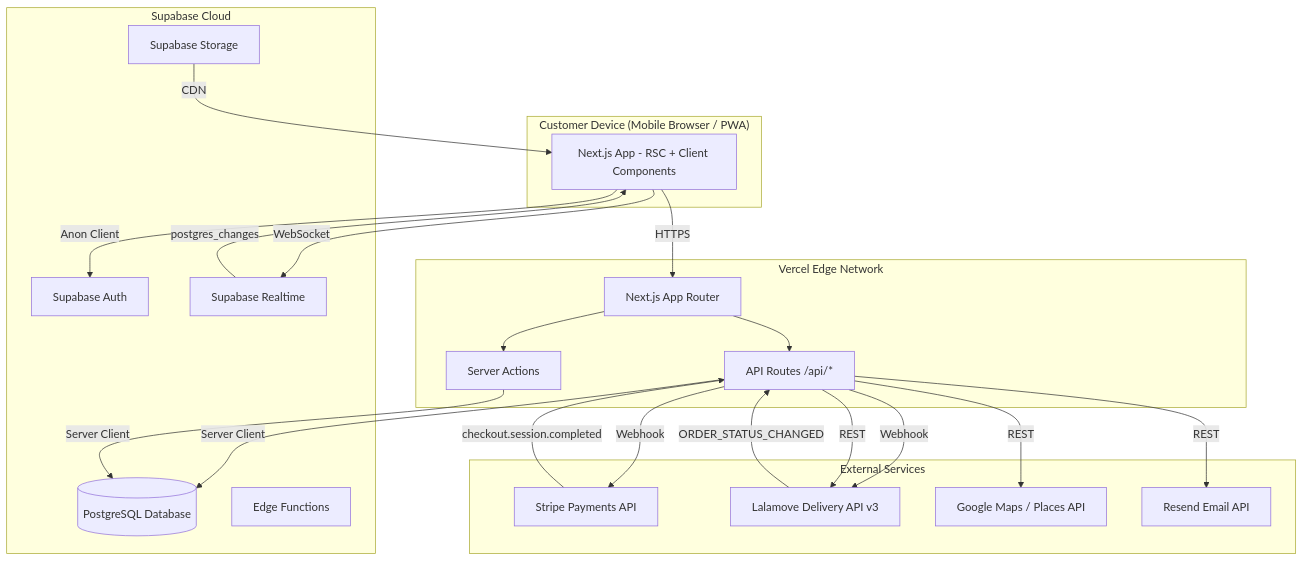
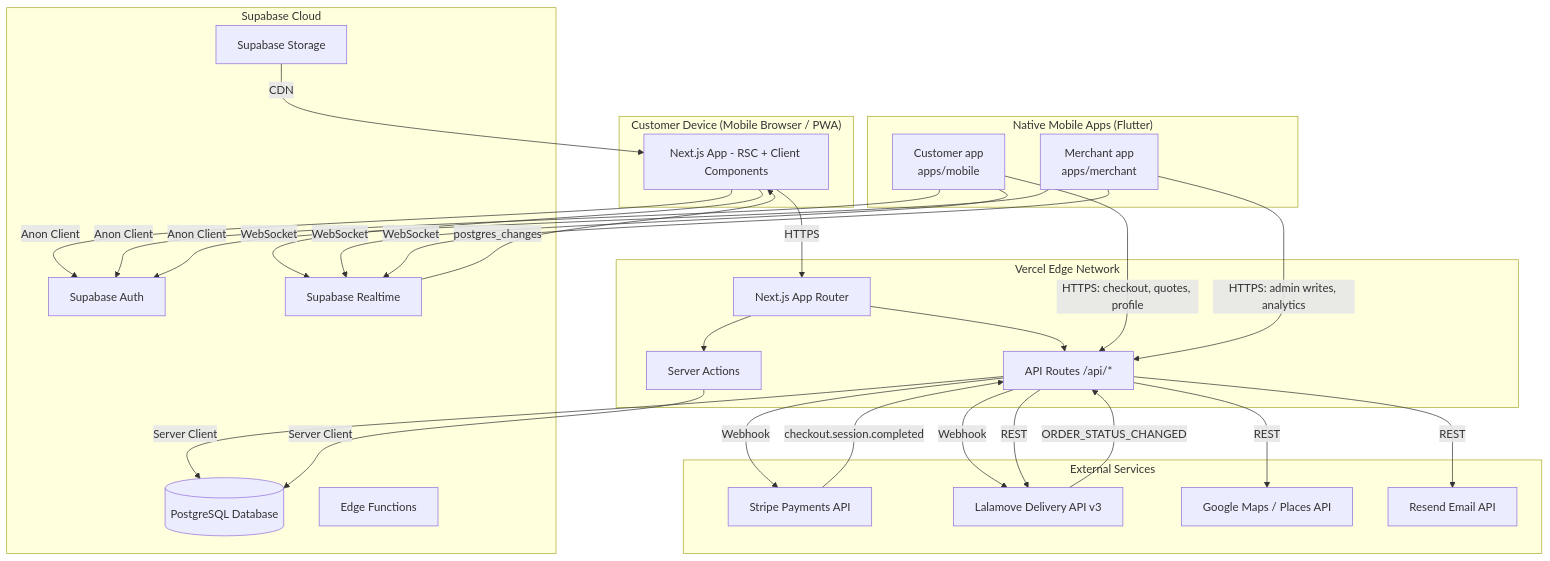
Before and after one commit to noa10/madkrapow: the diagram in docs/architecture.md, drawn with Mermaid. The commit also changed other lines of this file and 1 other file, not shown here.

First line of the commit message:
docs: address review on the mobile apps audit

````diff
--- a/docs/architecture.md
+++ b/docs/architecture.md
@@ -23,45 +23,57 @@
 ```mermaid
 graph TB
     subgraph "Customer Device (Mobile Browser / PWA)"
         A[Next.js App - RSC + Client Components]
+    end
+
+    subgraph "Native Mobile Apps (Flutter)"
+        N1["Customer app<br/>apps/mobile"]
+        N2["Merchant app<br/>apps/merchant"]
     end
 
     subgraph "Vercel Edge Network"
         B[Next.js App Router]
         C[API Routes /api/*]
         D[Server Actions]
     end
 
     subgraph "Supabase Cloud"
         E[(PostgreSQL Database)]
         F[Supabase Auth]
         G[Supabase Realtime]
         H[Supabase Storage]
         I[Edge Functions]
     end
 
     subgraph "External Services"
         J[Stripe Payments API]
         K[Lalamove Delivery API v3]
         L[Google Maps / Places API]
         M[Resend Email API]
     end
 
     A -->|HTTPS| B
     B --> C
     B --> D
     C -->|Server Client| E
     C -->|Webhook| J
     C -->|Webhook| K
     C -->|REST| K
     C -->|REST| L
     C -->|REST| M
     D -->|Server Client| E
     A -->|WebSocket| G
     A -->|Anon Client| F
     H -->|CDN| A
 
     J -->|checkout.session.completed| C
     K -->|ORDER_STATUS_CHANGED| C
     G -->|postgres_changes| A
+
+    N1 -->|Anon Client| F
+    N1 -->|WebSocket| G
+    N1 -->|"HTTPS: checkout, quotes, profile"| C
+    N2 -->|Anon Client| F
+    N2 -->|WebSocket| G
+    N2 -->|"HTTPS: admin writes, analytics"| C
 ```
````
